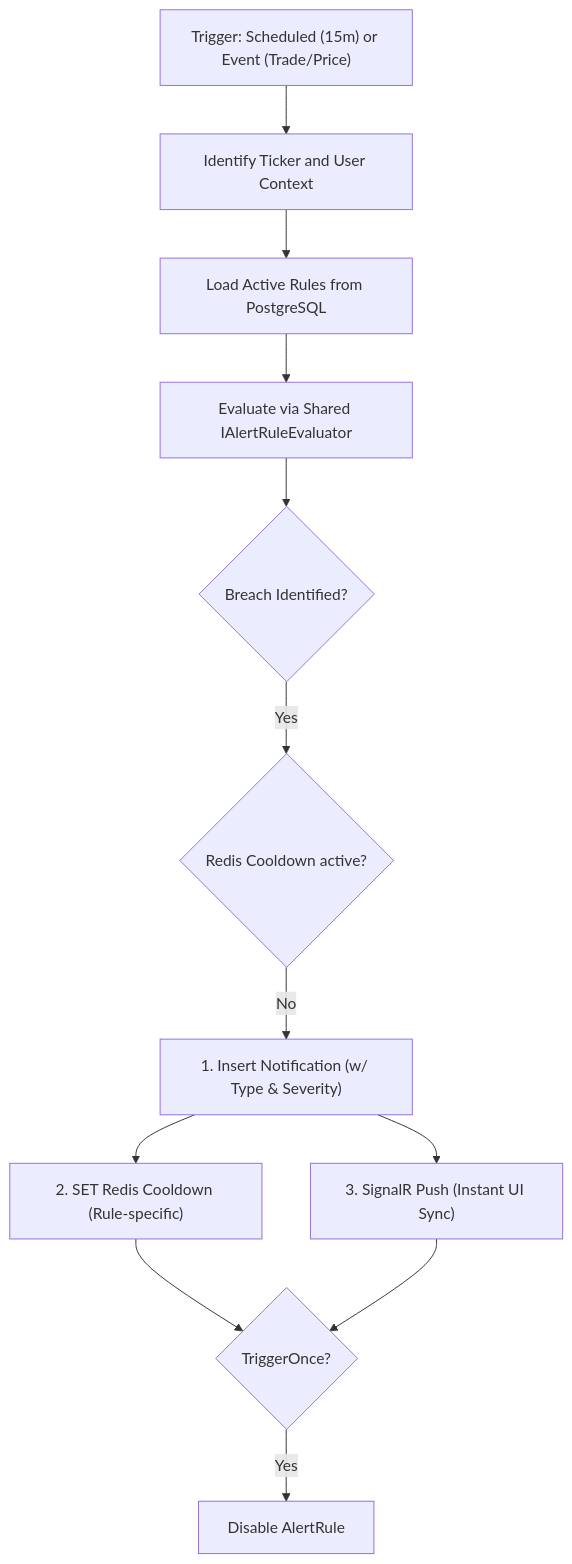
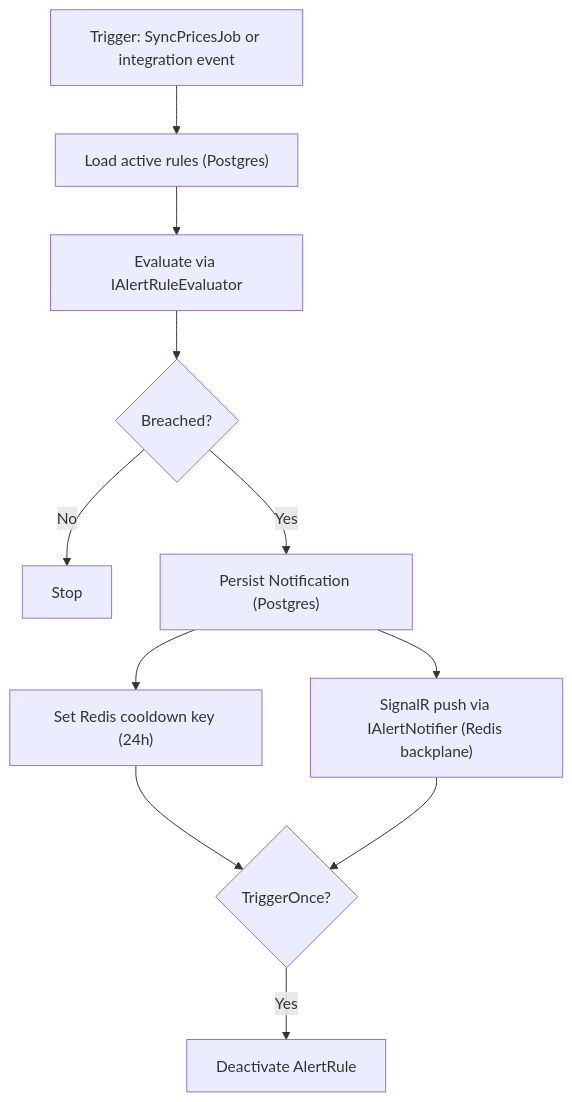
The second of 2 diagrams in InventoryAlert.Wiki/docs/03-data-model/data-model.md (nhonvo/InvestManagementSystem), drawn with Mermaid before and after one commit. The commit also changed other lines of this file and 69 other files, not shown here.

````diff
--- a/InventoryAlert.Wiki/docs/03-data-model/data-model.md
+++ b/InventoryAlert.Wiki/docs/03-data-model/data-model.md
@@ -215,13 +263,12 @@
 ```mermaid
 flowchart TD
-    A["Trigger: Scheduled (15m) or Event (Trade/Price)"] --> B["Identify Ticker and User Context"]
-    B --> C["Load Active Rules from PostgreSQL"]
-    C --> D["Evaluate via Shared IAlertRuleEvaluator"]
-    D --> E{Breach Identified?}
-    E -- Yes --> F{Redis Cooldown active?}
-    F -- No --> G["1. Insert Notification (w/ Type & Severity)"]
-    G --> H["2. SET Redis Cooldown (Rule-specific)"]
-    G --> I["3. SignalR Push (Instant UI Sync)"]
-    H & I --> J{TriggerOnce?}
-    J -- Yes --> K["Disable AlertRule"]
+    A["Trigger: SyncPricesJob or integration event"] --> B["Load active rules (Postgres)"]
+    B --> C["Evaluate via IAlertRuleEvaluator"]
+    C --> D{Breached?}
+    D -- No --> Z["Stop"]
+    D -- Yes --> E["Persist Notification (Postgres)"]
+    E --> F["Set Redis cooldown key (24h)"]
+    E --> G["SignalR push via IAlertNotifier (Redis backplane)"]
+    F & G --> H{TriggerOnce?}
+    H -- Yes --> I["Deactivate AlertRule"]
 ```
````
